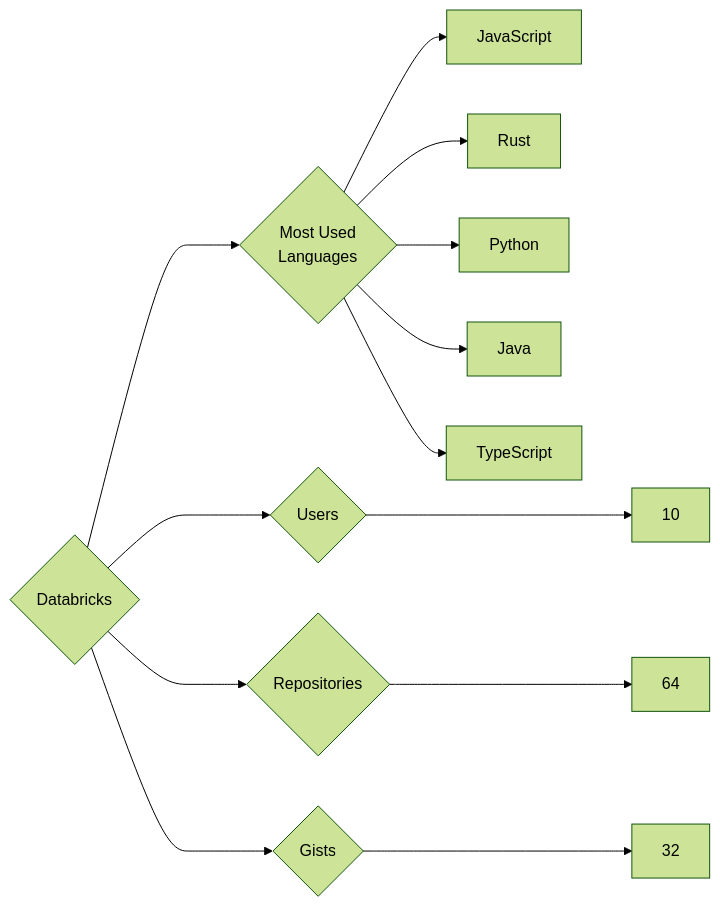
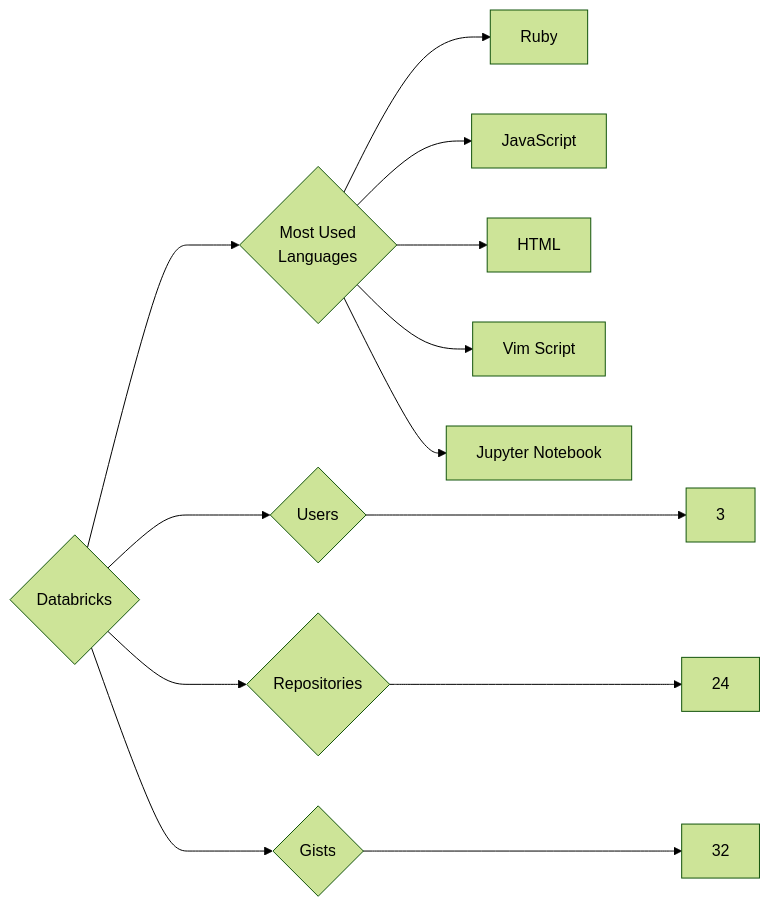
The diagram in targets/Databricks/README.md (trickest/insiders), drawn with Mermaid (forest theme) before and after one commit. The commit also changed 618 other files, not shown here.

````diff
--- a/targets/Databricks/README.md
+++ b/targets/Databricks/README.md
@@ -3,13 +3,13 @@
 ```mermaid
 graph LR
 COMPANY_NAME{Databricks}
-COMPANY_NAME ---> U{Users} ---> UN[10]
-COMPANY_NAME ---> R{Repositories} ---> RN[64]
+COMPANY_NAME ---> U{Users} ---> UN[3]
+COMPANY_NAME ---> R{Repositories} ---> RN[24]
 COMPANY_NAME ---> G{Gists} ---> GN[32]
 COMPANY_NAME ---> ML{Most Used<br>Languages}
+ML --> Ruby[Ruby]
 ML --> JavaScript[JavaScript]
-ML --> Rust[Rust]
-ML --> Python[Python]
-ML --> Java[Java]
-ML --> TypeScript[TypeScript]
+ML --> HTML[HTML]
+ML --> Vim_Script[Vim Script]
+ML --> Jupyter_Notebook[Jupyter Notebook]
 ```
````
